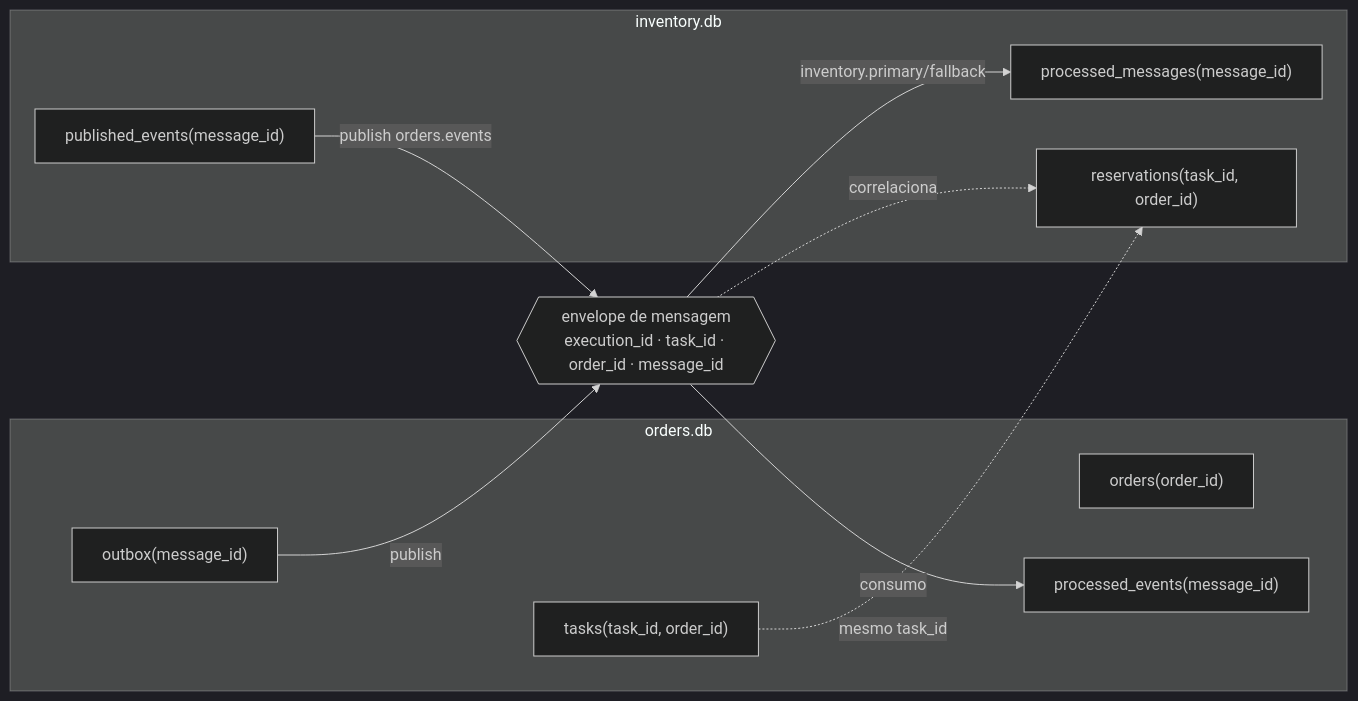
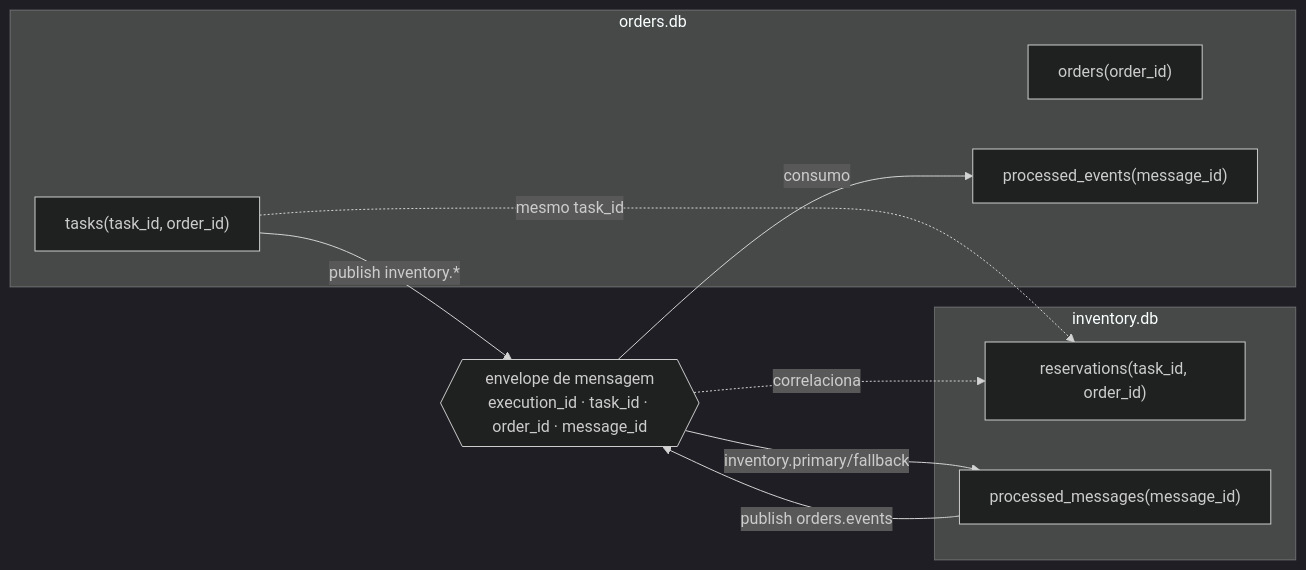
The third of 3 diagrams in docs/08-modelo-de-dados-mer.md (jorrevicz/rule2llm-orch-lab), drawn with Mermaid (dark theme) before and after one commit. The commit also changed other lines of this file and 3 other files, not shown here.

````diff
--- a/docs/08-modelo-de-dados-mer.md
+++ b/docs/08-modelo-de-dados-mer.md
@@ -252,22 +226,20 @@
 ```mermaid
 flowchart LR
     subgraph ODB["orders.db"]
         O_orders["orders(order_id)"]
         O_tasks["tasks(task_id, order_id)"]
-        O_outbox["outbox(message_id)"]
         O_pe["processed_events(message_id)"]
     end
     subgraph IDB["inventory.db"]
         I_res["reservations(task_id, order_id)"]
         I_pm["processed_messages(message_id)"]
-        I_pub["published_events(message_id)"]
     end
     ENV{{"envelope de mensagem<br/>execution_id · task_id · order_id · message_id"}}
 
-    O_outbox -->|publish| ENV
+    O_tasks -->|publish inventory.*| ENV
     ENV -->|inventory.primary/fallback| I_pm
     ENV -.correlaciona.-> I_res
-    I_pub -->|publish orders.events| ENV
+    I_pm -->|publish orders.events| ENV
     ENV -->|consumo| O_pe
     O_tasks -.mesmo task_id.-> I_res
 ```
````
